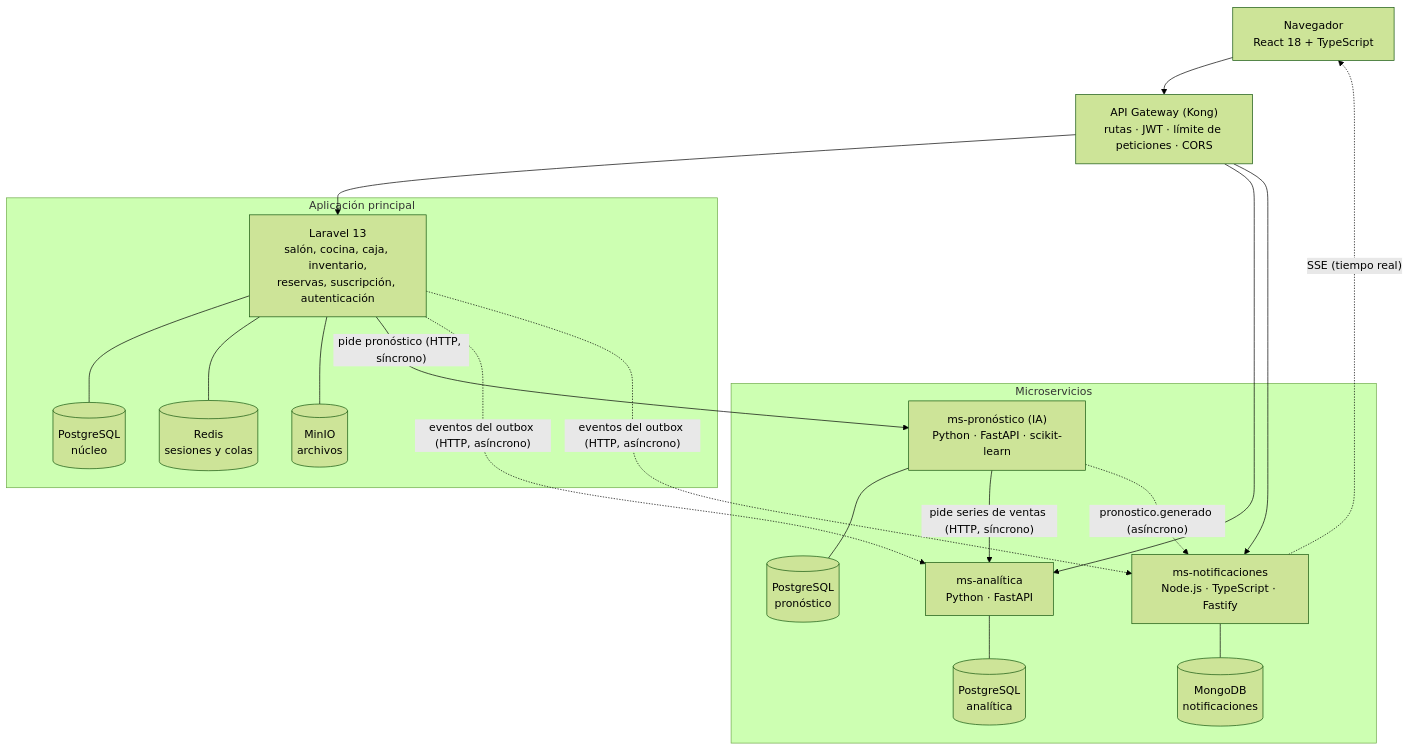
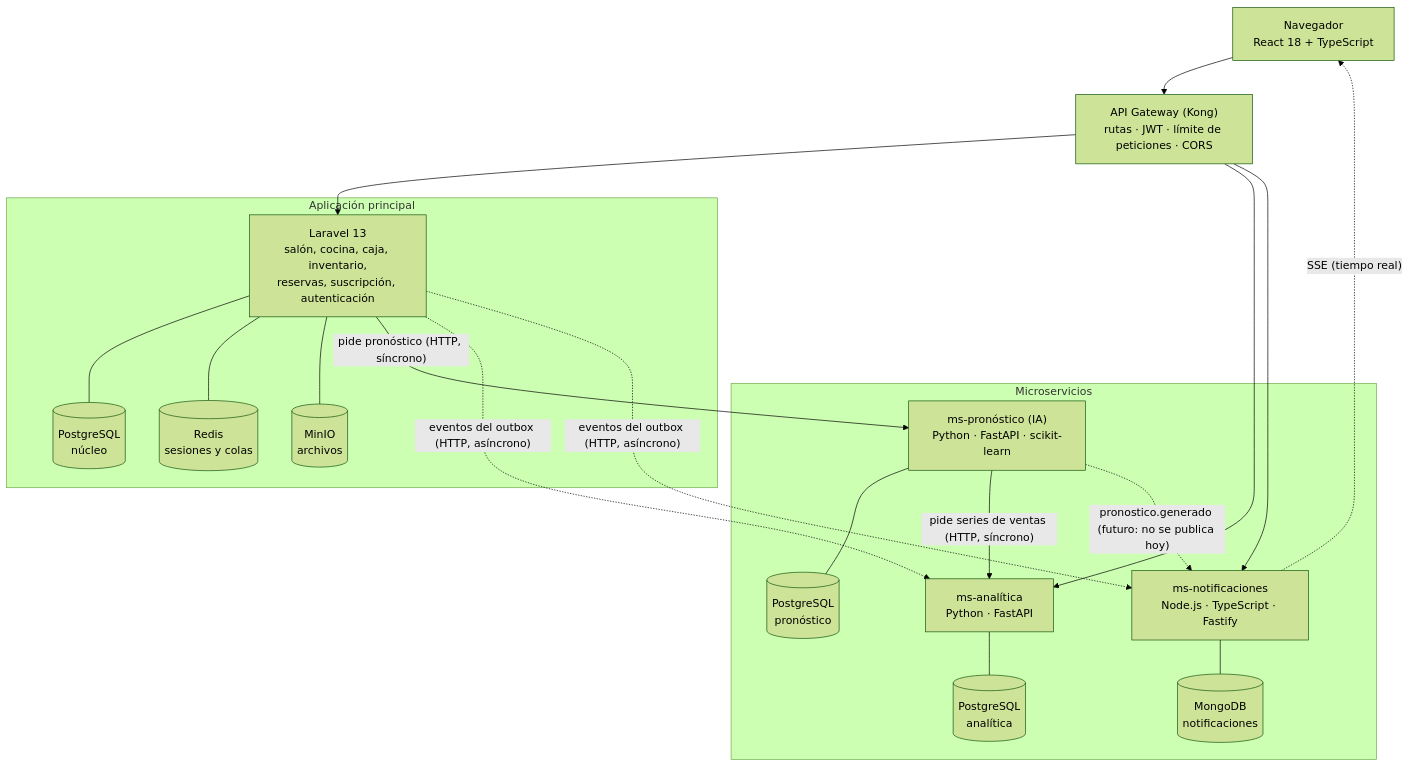
One commit to JCHUIZ10/RestaurantCloud_AI_backend changed the diagram in doc-2u/01-arquitectura-microservicios.md. Above: the diagram before and after it, drawn with Mermaid (forest theme). The commit also changed other lines of this file and 4 other files, not shown here.

````diff
--- a/doc-2u/01-arquitectura-microservicios.md
+++ b/doc-2u/01-arquitectura-microservicios.md
@@ -51,40 +51,40 @@
 ```mermaid
 flowchart TB
     nav["Navegador<br/>React 18 + TypeScript"]
     gw["API Gateway (Kong)<br/>rutas · JWT · límite de peticiones · CORS"]
 
     subgraph nucleo["Aplicación principal"]
         api["Laravel 13<br/>salón, cocina, caja, inventario,<br/>reservas, suscripción, autenticación"]
         pg[("PostgreSQL<br/>núcleo")]
         redis[("Redis<br/>sesiones y colas")]
         minio[("MinIO<br/>archivos")]
     end
 
     subgraph ms["Microservicios"]
         ana["ms-analítica<br/>Python · FastAPI"]
         pgana[("PostgreSQL<br/>analítica")]
         pro["ms-pronóstico (IA)<br/>Python · FastAPI · scikit-learn"]
         pgpro[("PostgreSQL<br/>pronóstico")]
         noti["ms-notificaciones<br/>Node.js · TypeScript · Fastify"]
         mongo[("MongoDB<br/>notificaciones")]
     end
 
     nav --> gw
     gw --> api
     gw --> ana
     gw --> noti
     noti -. "SSE (tiempo real)" .-> nav
 
     api --- pg
     api --- redis
     api --- minio
     ana --- pgana
     pro --- pgpro
     noti --- mongo
 
     api -- "pide pronóstico (HTTP, síncrono)" --> pro
     pro -- "pide series de ventas (HTTP, síncrono)" --> ana
     api -. "eventos del outbox (HTTP, asíncrono)" .-> ana
     api -. "eventos del outbox (HTTP, asíncrono)" .-> noti
-    pro -. "pronostico.generado (asíncrono)" .-> noti
+    pro -. "pronostico.generado (futuro: no se publica hoy)" .-> noti
 ```
````
